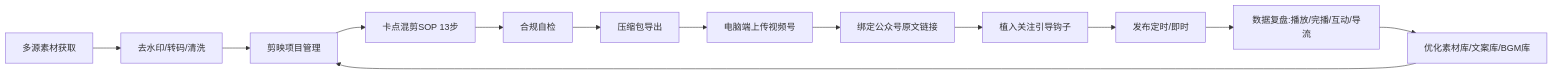
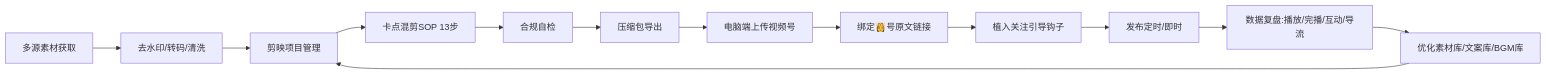
One commit to OpenDocCN1/flygon-zhuanqian-zhoubao changed the second of 2 diagrams in docs/202305_paper2textbook/asset/body_1a495e0a407ab3d5762d8bb6f279c65f_3a1f688a97658a54215d928a577650c9_f6aa173d1c38bd56a1a06f292d53c743_b6d767d2f8ed5d21a44b0e5886680cb9.md. Above: the diagram before and after it, drawn with Mermaid. The commit also changed other lines of this file and 6688 other files, not shown here.

````diff
--- a/docs/202305_paper2textbook/asset/body_1a495e0a407ab3d5762d8bb6f279c65f_3a1f688a97658a54215d928a577650c9_f6aa173d1c38bd56a1a06f292d53c743_b6d767d2f8ed5d21a44b0e5886680cb9.md
+++ b/docs/202305_paper2textbook/asset/body_1a495e0a407ab3d5762d8bb6f279c65f_3a1f688a97658a54215d928a577650c9_f6aa173d1c38bd56a1a06f292d53c743_b6d767d2f8ed5d21a44b0e5886680cb9.md
@@ -295,15 +295,15 @@
 ```mermaid
 graph LR
     A[多源素材获取] --> B[去水印/转码/清洗]
     B --> C[剪映项目管理]
     C --> D[卡点混剪SOP 13步]
     D --> E[合规自检]
     E --> F[压缩包导出]
     F --> G[电脑端上传视频号]
-    G --> H[绑定公众号原文链接]
+    G --> H[绑定👸号原文链接]
     H --> I[植入关注引导钩子]
     I --> J[发布定时/即时]
     J --> K[数据复盘:播放/完播/互动/导流]
     K --> L[优化素材库/文案库/BGM库]
     L --> C
 ```
````
